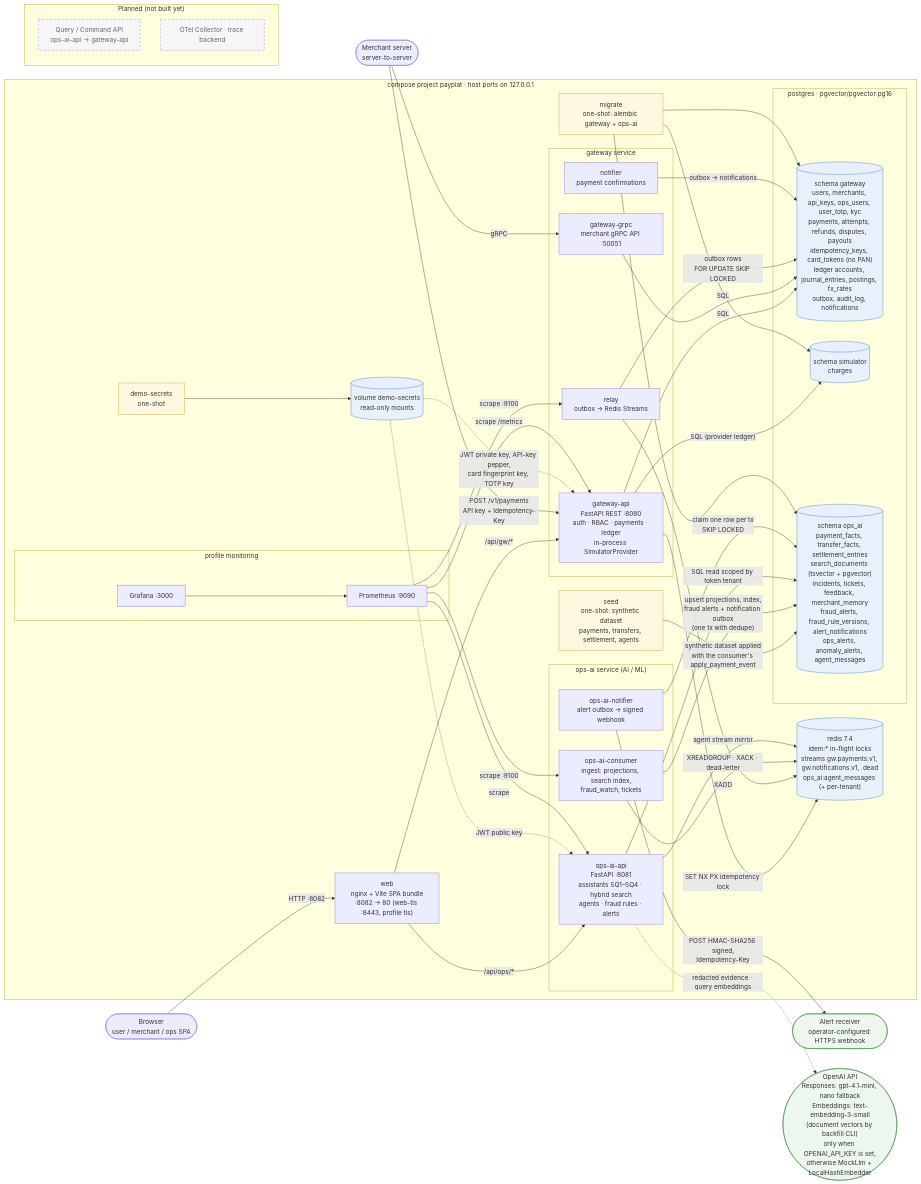
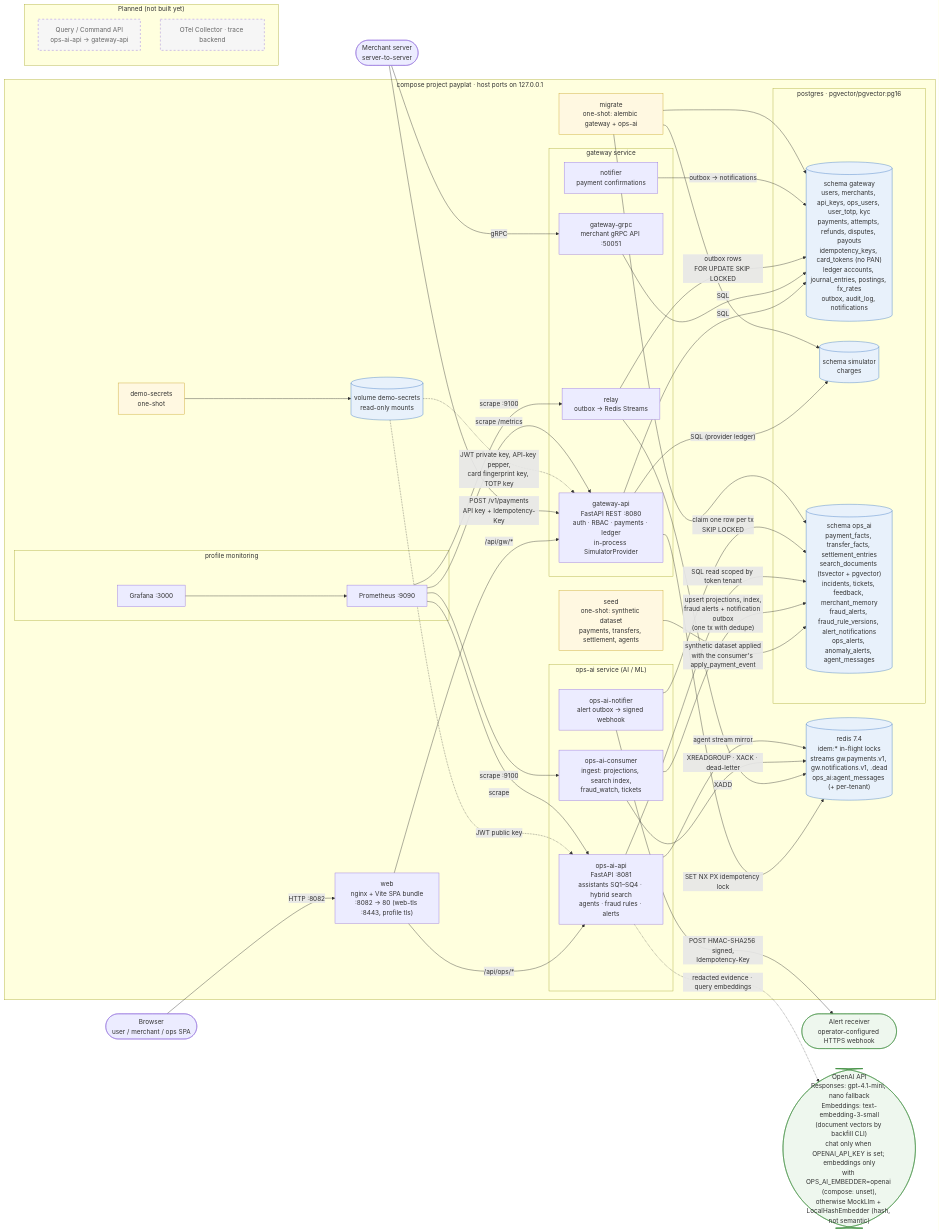
One commit to kodandy/prodapt-case-study-2026 changed the first of 6 diagrams in docs/architecture.md. Above: the diagram before and after it, drawn with Mermaid. The commit also changed 6 other files, not shown here.

```diff
--- a/docs/architecture.md
+++ b/docs/architecture.md
@@ -20,7 +20,7 @@
   browser(["Browser<br/>user / merchant / ops SPA"])
   merchantsrv(["Merchant server<br/>server-to-server"])
   receiver(["Alert receiver<br/>operator-configured HTTPS webhook"]):::ext
-  openai(["OpenAI API<br/>Responses: gpt-4.1-mini, nano fallback<br/>Embeddings: text-embedding-3-small<br/>(document vectors by backfill CLI)<br/>only when OPENAI_API_KEY is set,<br/>otherwise MockLlm + LocalHashEmbedder"]):::ext
+  openai(["OpenAI API<br/>Responses: gpt-4.1-mini, nano fallback<br/>Embeddings: text-embedding-3-small<br/>(document vectors by backfill CLI)<br/>chat only when OPENAI_API_KEY is set; embeddings only<br/>with OPS_AI_EMBEDDER=openai (compose: unset),<br/>otherwise MockLlm + LocalHashEmbedder (hash, not semantic)"]):::ext
 
   subgraph host["compose project payplat · host ports on 127.0.0.1"]
     web["web<br/>nginx + Vite SPA bundle<br/>:8082 → 80 (web-tls :8443, profile tls)"]
```
